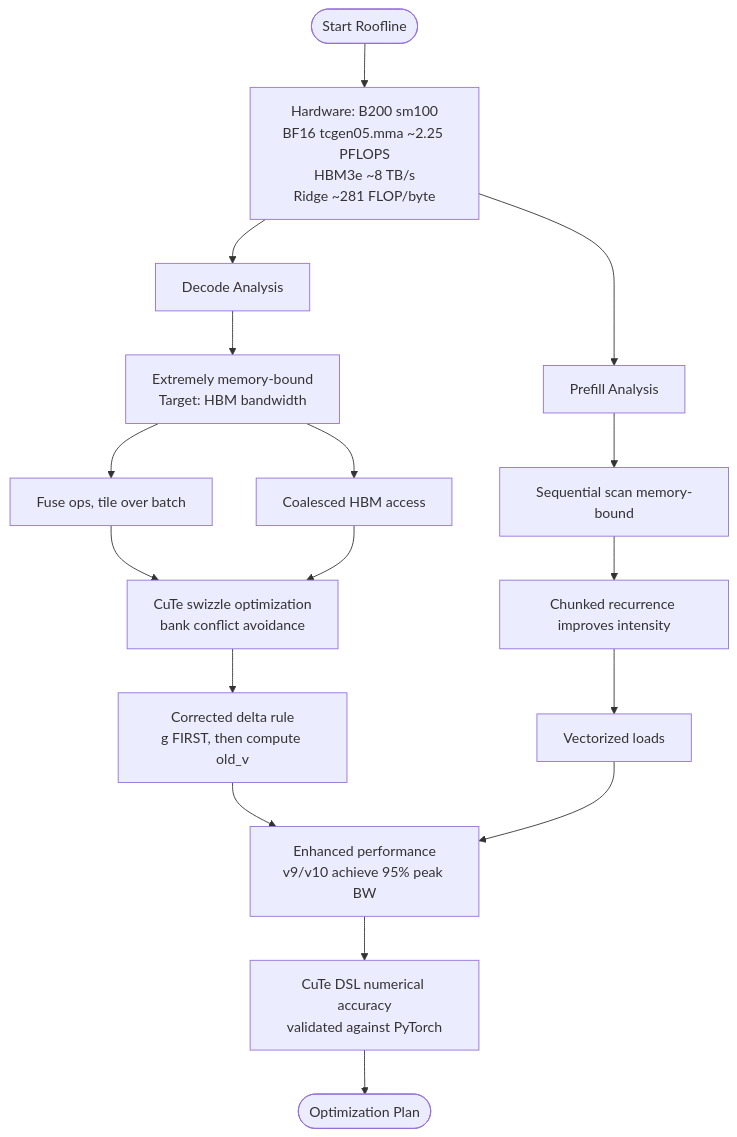
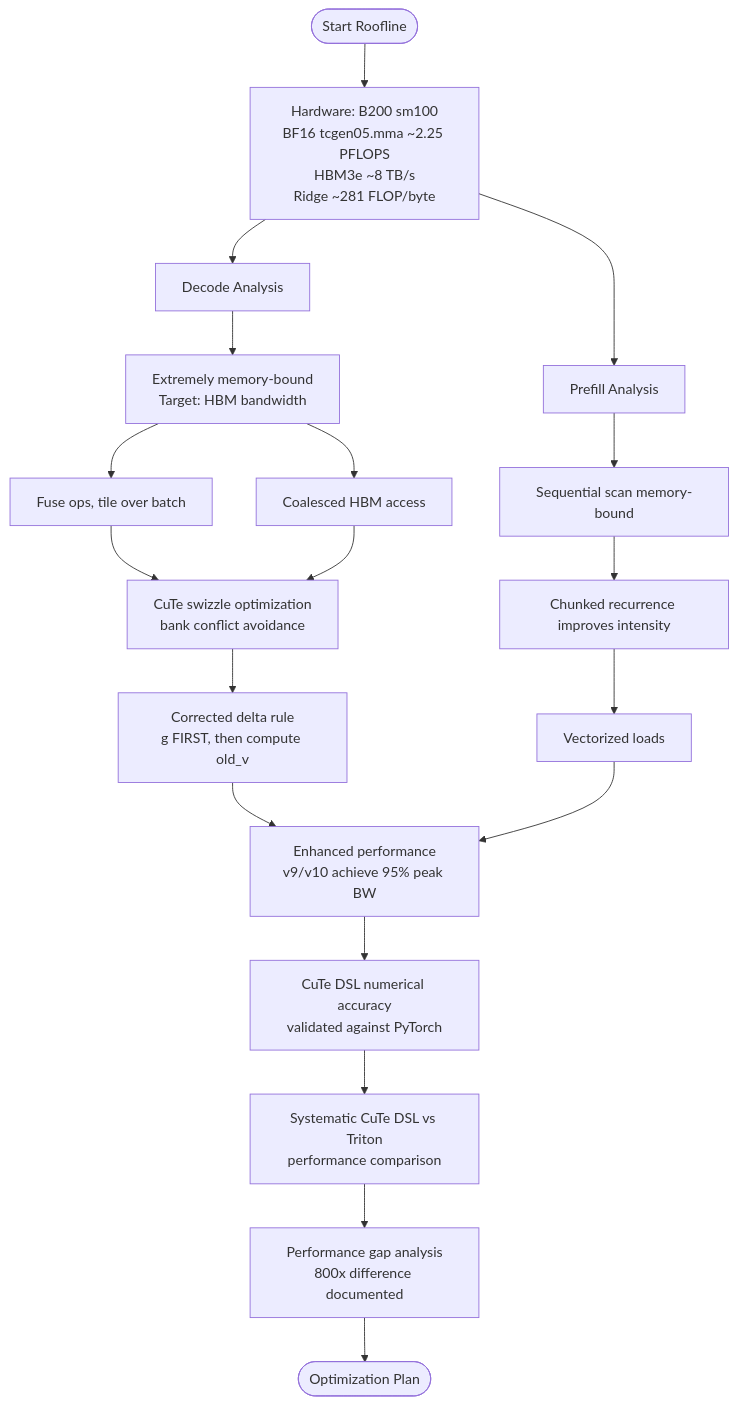
One commit to gugudeshubao/flashinfer-bench-tma-thrust changed diagram 12 of 14 in .qoder/repowiki/en/content/Performance Analysis.md. Above: the diagram before and after it, drawn with Mermaid. The commit also changed other lines of this file and 25 other files, not shown here.

````diff
--- a/.qoder/repowiki/en/content/Performance Analysis.md
+++ b/.qoder/repowiki/en/content/Performance Analysis.md
@@ -576,19 +656,21 @@
 ```mermaid
 flowchart TD
 Start(["Start Roofline"]) --> HW["Hardware: B200 sm100<br/>BF16 tcgen05.mma ~2.25 PFLOPS<br/>HBM3e ~8 TB/s<br/>Ridge ~281 FLOP/byte"]
 HW --> Decode["Decode Analysis"]
 HW --> Prefill["Prefill Analysis"]
 Decode --> MemBound["Extremely memory-bound<br/>Target: HBM bandwidth"]
 Prefill --> SeqScan["Sequential scan memory-bound"]
 SeqScan --> Chunk["Chunked recurrence improves intensity"]
 MemBound --> Opt1["Fuse ops, tile over batch"]
 MemBound --> Opt2["Coalesced HBM access"]
 Opt1 --> CuTe["CuTe swizzle optimization<br/>bank conflict avoidance"]
 Opt2 --> CuTe
 CuTe --> DeltaRule["Corrected delta rule<br/>g FIRST, then compute old_v"]
 DeltaRule --> PerfBoost["Enhanced performance<br/>v9/v10 achieve 95% peak BW"]
 Chunk --> Opt3["Vectorized loads"]
 Opt3 --> PerfBoost
 PerfBoost --> CuTeDSL["CuTe DSL numerical accuracy<br/>validated against PyTorch"]
-CuTeDSL --> End(["Optimization Plan"])
+CuTeDSL --> PerfComp["Systematic CuTe DSL vs Triton<br/>performance comparison"]
+PerfComp --> GapAnalysis["Performance gap analysis<br/>800x difference documented"]
+GapAnalysis --> End(["Optimization Plan"])
 ```
````
